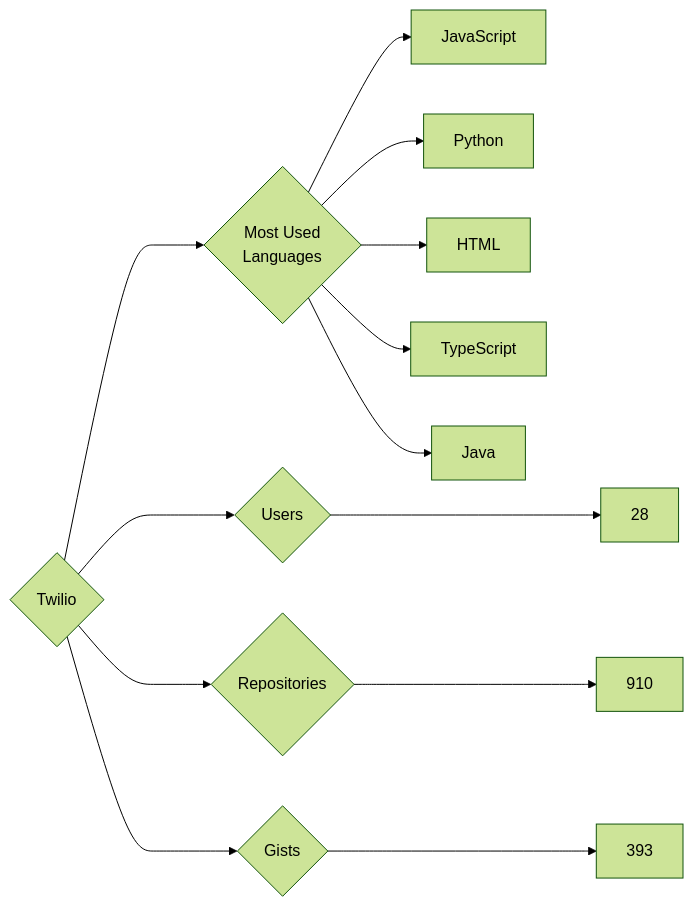
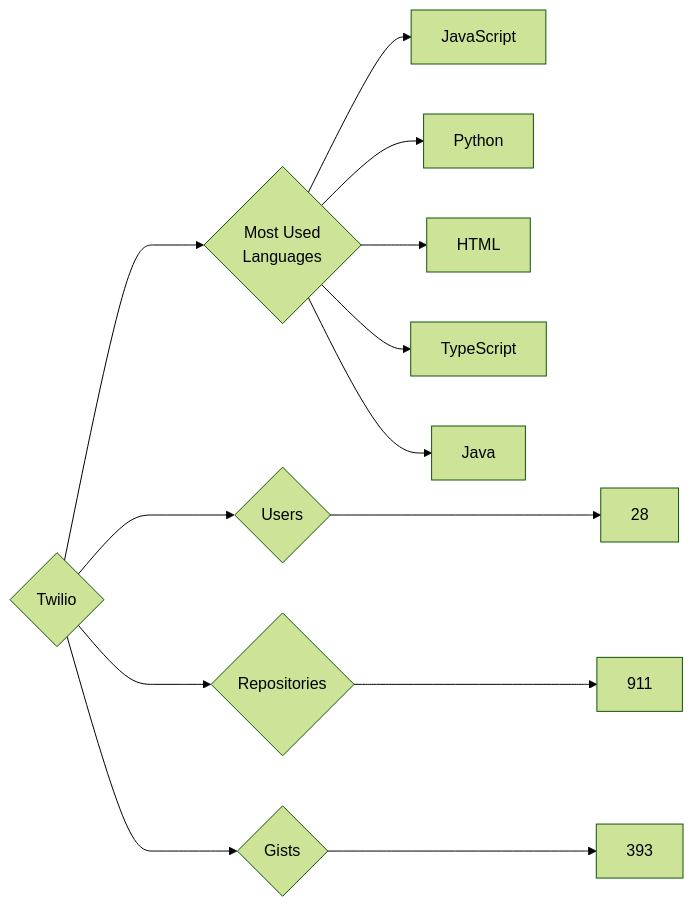
Before and after one commit to trickest/insiders: the diagram in targets/Twilio/README.md, drawn with Mermaid (forest theme). The commit also changed 964 other files, not shown here.

````diff
--- a/targets/Twilio/README.md
+++ b/targets/Twilio/README.md
@@ -3,13 +3,13 @@
 ```mermaid
 graph LR
 COMPANY_NAME{Twilio}
 COMPANY_NAME ---> U{Users} ---> UN[28]
-COMPANY_NAME ---> R{Repositories} ---> RN[910]
+COMPANY_NAME ---> R{Repositories} ---> RN[911]
 COMPANY_NAME ---> G{Gists} ---> GN[393]
 COMPANY_NAME ---> ML{Most Used<br>Languages}
 ML --> JavaScript[JavaScript]
 ML --> Python[Python]
 ML --> HTML[HTML]
 ML --> TypeScript[TypeScript]
 ML --> Java[Java]
 ```
````
